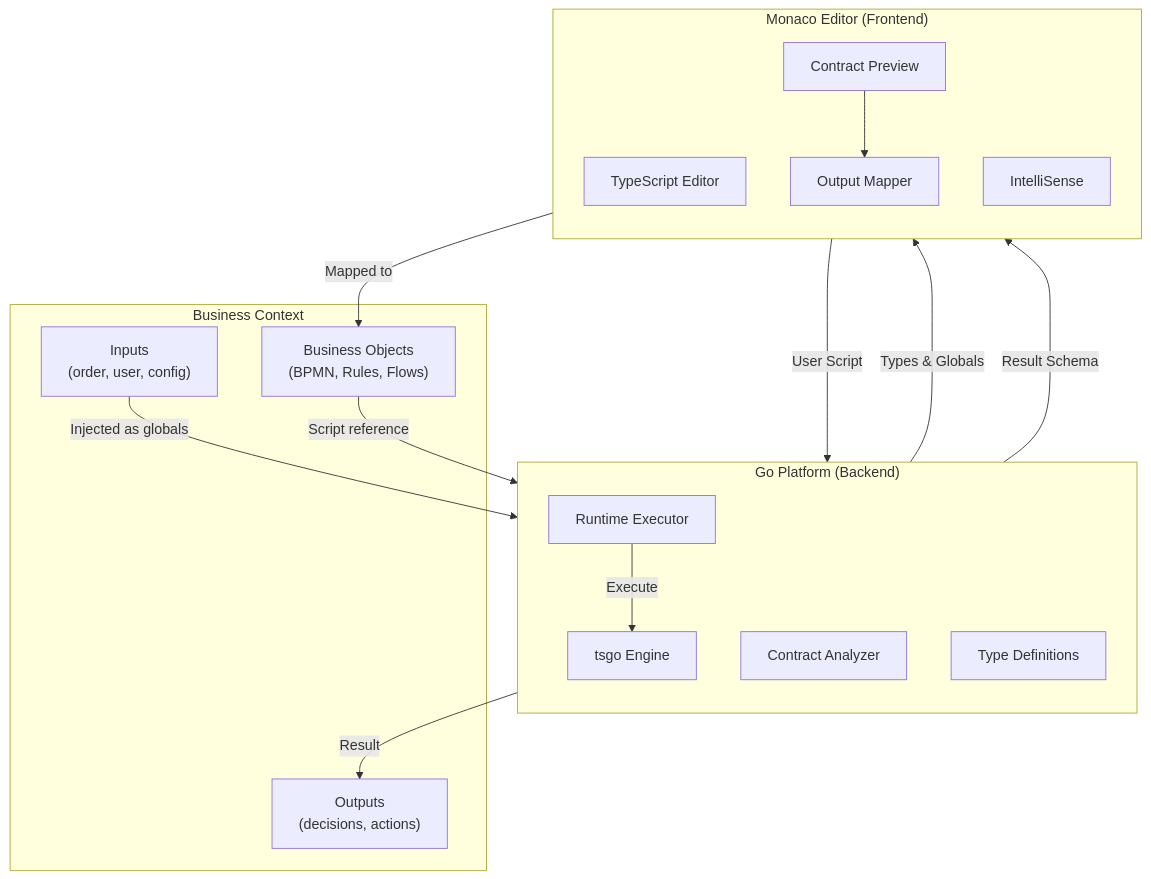
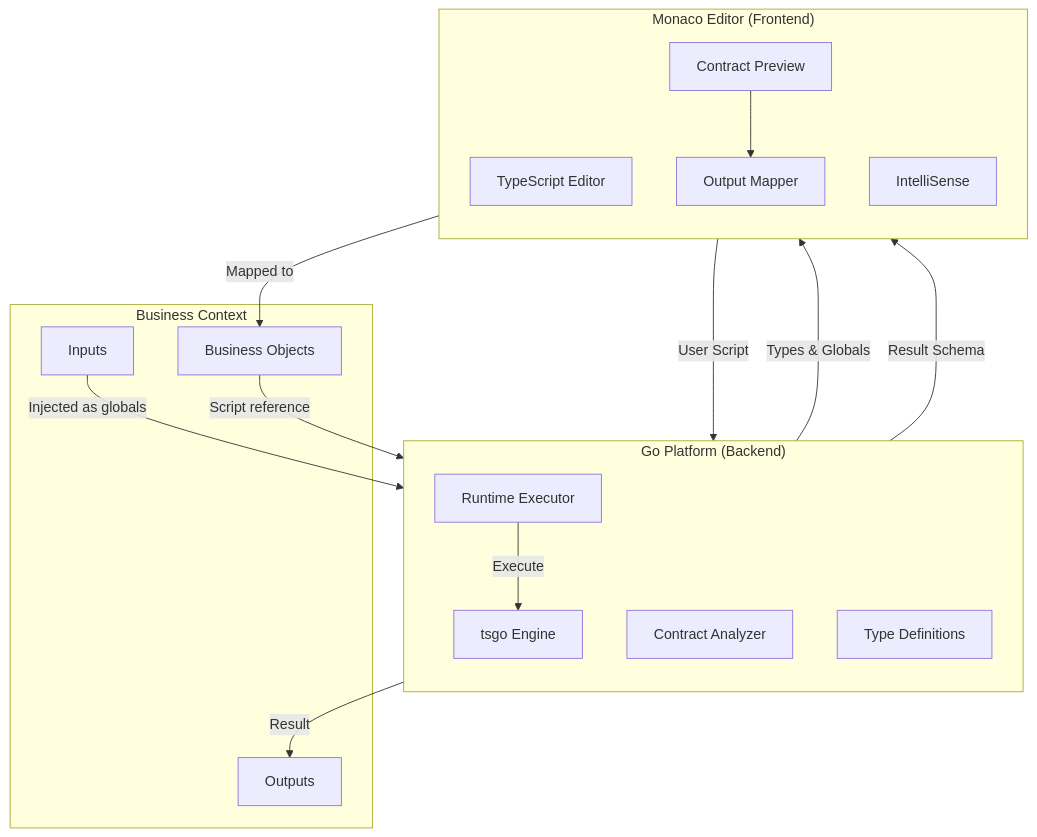
Before and after one commit to koltyakov/tsgo: the diagram in README.md, drawn with Mermaid. The commit also changed 3 other files, not shown here.

````diff
--- a/README.md
+++ b/README.md
@@ -9,35 +9,35 @@
 ```mermaid
 flowchart TB
     subgraph Platform ["Go Platform (Backend)"]
         direction TB
         Engine["tsgo Engine"]
         Contracts["Contract Analyzer"]
         TypeDefs["Type Definitions"]
         Runtime["Runtime Executor"]
     end
 
     subgraph Editor ["Monaco Editor (Frontend)"]
         direction TB
         Monaco["TypeScript Editor"]
         Intellisense["IntelliSense"]
         ContractView["Contract Preview"]
         Mapper["Output Mapper"]
     end
 
     subgraph Business ["Business Context"]
-        Inputs["Inputs\n(order, user, config)"]
-        Outputs["Outputs\n(decisions, actions)"]
-        Objects["Business Objects\n(BPMN, Rules, Flows)"]
+        Inputs["Inputs"]
+        Outputs["Outputs"]
+        Objects["Business Objects"]
     end
 
     TypeDefs -->|"Types & Globals"| Monaco
     Monaco -->|"User Script"| Contracts
     Contracts -->|"Result Schema"| ContractView
     ContractView --> Mapper
     Mapper -->|"Mapped to"| Objects
 
     Inputs -->|"Injected as globals"| Runtime
     Objects -->|"Script reference"| Runtime
     Runtime -->|"Execute"| Engine
     Engine -->|"Result"| Outputs
 ```
````
